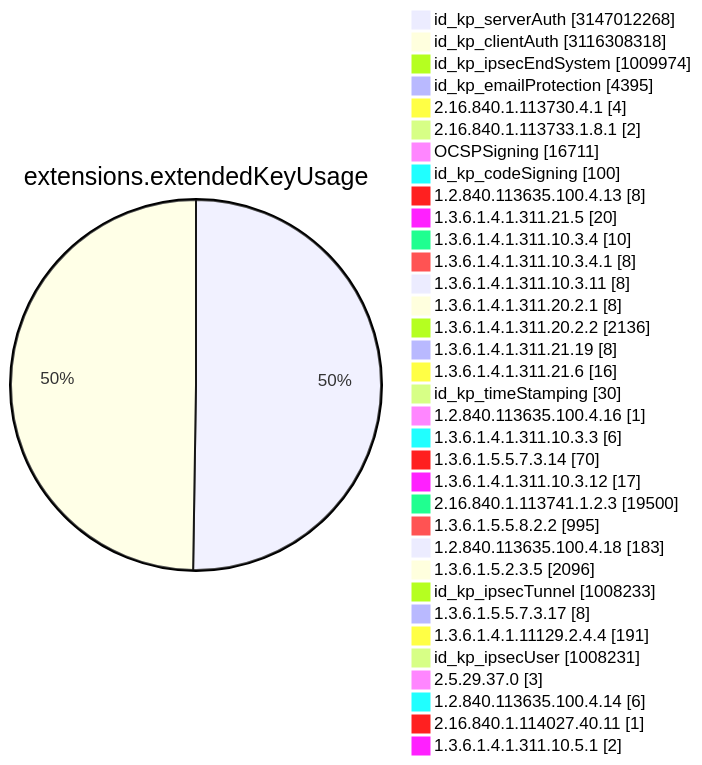
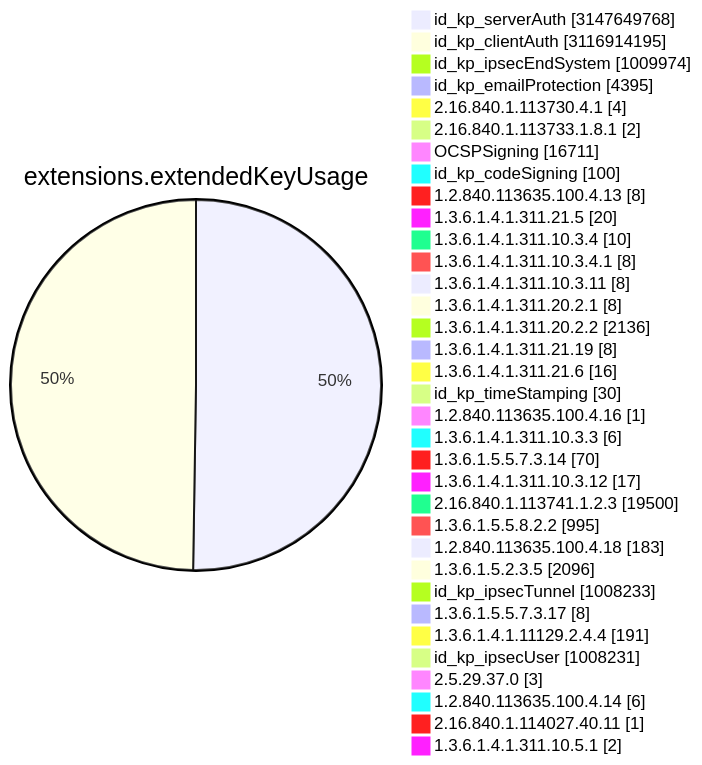
Diagram 11 of 15 in TOTAL/README.md (christiankrug/ctmonitor_visualization), drawn with Mermaid before and after one commit. The commit also changed other lines of this file, not shown here.

````diff
--- a/TOTAL/README.md
+++ b/TOTAL/README.md
@@ -4119,38 +4119,38 @@
 ```mermaid
 pie showData
 title extensions.extendedKeyUsage
-"id_kp_serverAuth" :3147012268
-"id_kp_clientAuth" :3116308318
+"id_kp_serverAuth" :3147649768
+"id_kp_clientAuth" :3116914195
 "id_kp_ipsecEndSystem" :1009974
 "id_kp_emailProtection" :4395
 "2.16.840.1.113730.4.1" :4
 "2.16.840.1.113733.1.8.1" :2
 "OCSPSigning" :16711
 "id_kp_codeSigning" :100
 "1.2.840.113635.100.4.13" :8
 "1.3.6.1.4.1.311.21.5" :20
 "1.3.6.1.4.1.311.10.3.4" :10
 "1.3.6.1.4.1.311.10.3.4.1" :8
 "1.3.6.1.4.1.311.10.3.11" :8
 "1.3.6.1.4.1.311.20.2.1" :8
 "1.3.6.1.4.1.311.20.2.2" :2136
 "1.3.6.1.4.1.311.21.19" :8
 "1.3.6.1.4.1.311.21.6" :16
 "id_kp_timeStamping" :30
 "1.2.840.113635.100.4.16" :1
 "1.3.6.1.4.1.311.10.3.3" :6
 "1.3.6.1.5.5.7.3.14" :70
 "1.3.6.1.4.1.311.10.3.12" :17
 "2.16.840.1.113741.1.2.3" :19500
 "1.3.6.1.5.5.8.2.2" :995
 "1.2.840.113635.100.4.18" :183
 "1.3.6.1.5.2.3.5" :2096
 "id_kp_ipsecTunnel" :1008233
 "1.3.6.1.5.5.7.3.17" :8
 "1.3.6.1.4.1.11129.2.4.4" :191
 "id_kp_ipsecUser" :1008231
 "2.5.29.37.0" :3
 "1.2.840.113635.100.4.14" :6
 "2.16.840.1.114027.40.11" :1
 "1.3.6.1.4.1.311.10.5.1" :2
 ```
````
